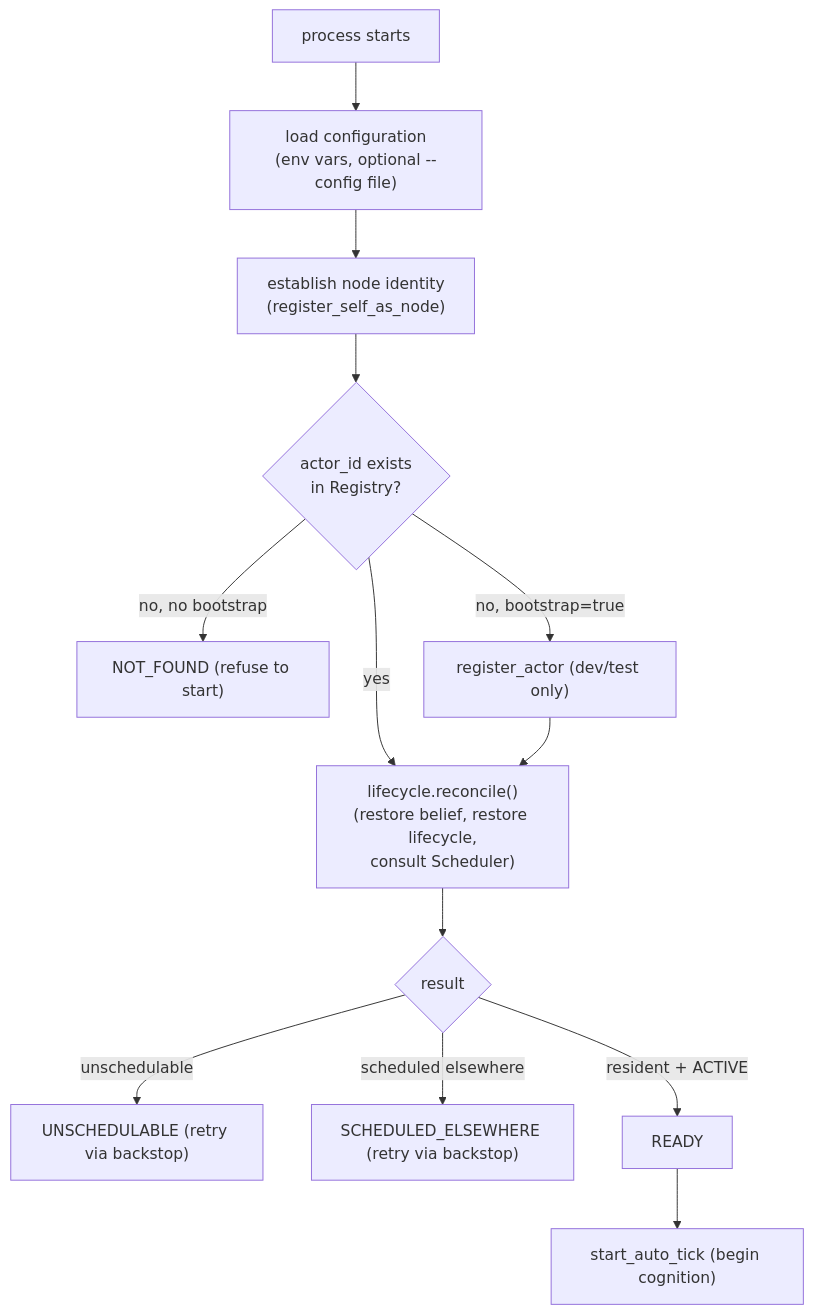
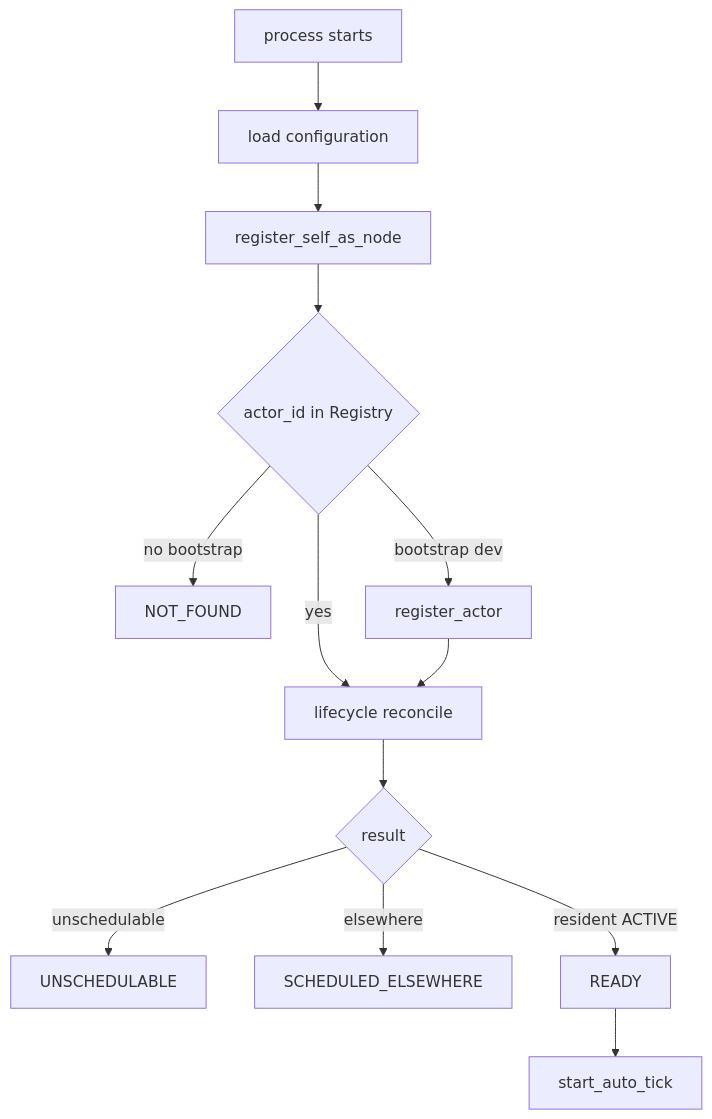
The third of 5 diagrams in docs/ACTOR_ARTIFACT.md (monkeypatched-stack/cogitive-os), drawn with Mermaid before and after one commit. The commit also changed other lines of this file and 6 other files, not shown here.

Commit message:
adding diagrams

````diff
--- a/docs/ACTOR_ARTIFACT.md
+++ b/docs/ACTOR_ARTIFACT.md
@@ -131,15 +130,15 @@
 ```mermaid
-graph TD
-    A["process starts"] --> B["load configuration<br/>(env vars, optional --config file)"]
-    B --> C["establish node identity<br/>(register_self_as_node)"]
-    C --> D{"actor_id exists<br/>in Registry?"}
-    D -- no, no bootstrap --> E["NOT_FOUND (refuse to start)"]
-    D -- no, bootstrap=true --> F["register_actor (dev/test only)"]
-    D -- yes --> G["lifecycle.reconcile()<br/>(restore belief, restore lifecycle,<br/>consult Scheduler)"]
+flowchart TD
+    A[process starts] --> B[load configuration]
+    B --> C[register_self_as_node]
+    C --> D{actor_id in Registry}
+    D -->|no bootstrap| E[NOT_FOUND]
+    D -->|bootstrap dev| F[register_actor]
+    D -->|yes| G[lifecycle reconcile]
     F --> G
-    G --> H{"result"}
-    H -- unschedulable --> I["UNSCHEDULABLE (retry via backstop)"]
-    H -- scheduled elsewhere --> J["SCHEDULED_ELSEWHERE (retry via backstop)"]
-    H -- resident + ACTIVE --> K["READY"]
-    K --> L["start_auto_tick (begin cognition)"]
+    G --> H{result}
+    H -->|unschedulable| I[UNSCHEDULABLE]
+    H -->|elsewhere| J[SCHEDULED_ELSEWHERE]
+    H -->|resident ACTIVE| K[READY]
+    K --> L[start_auto_tick]
 ```
````
